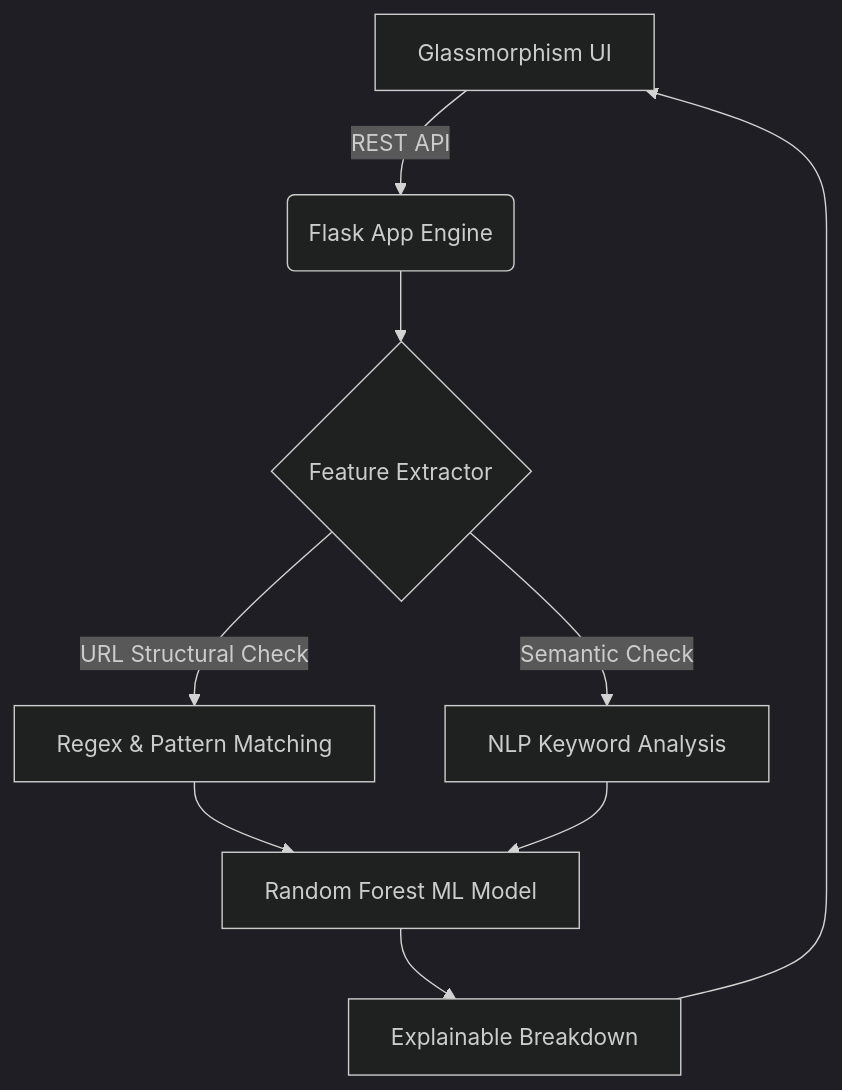
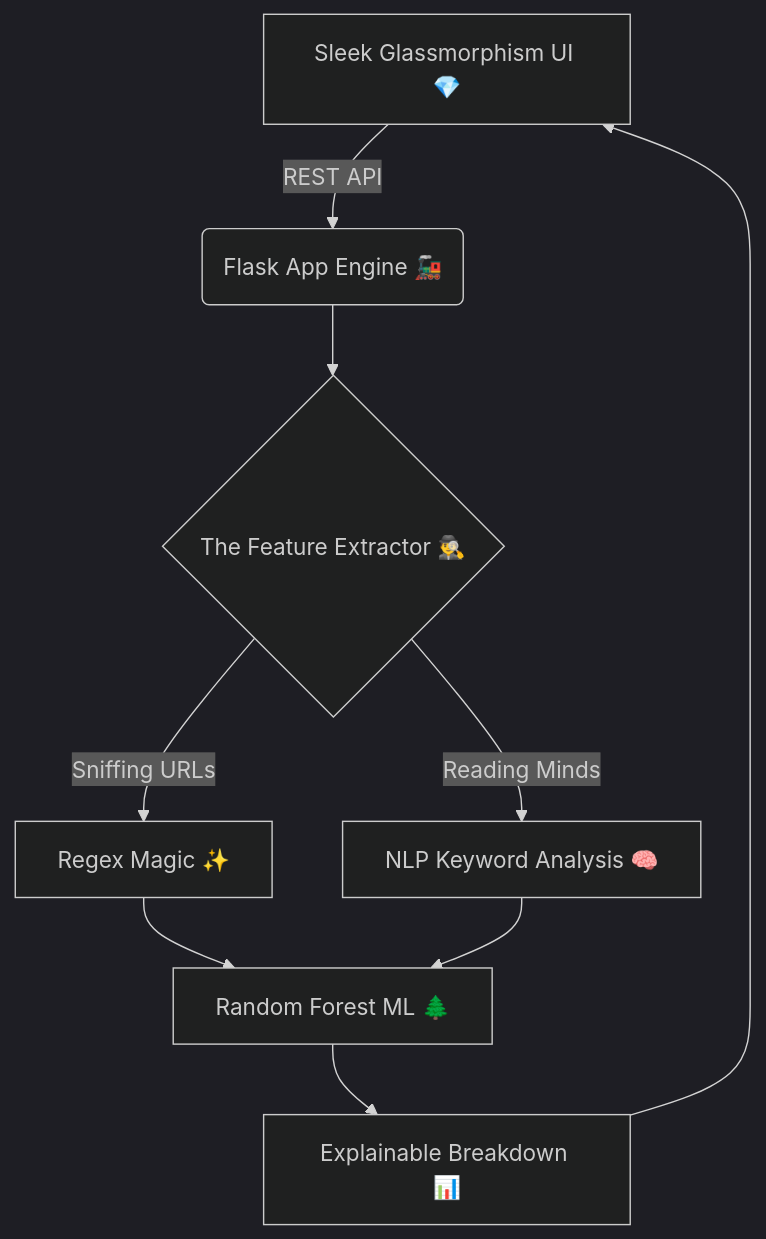
Before and after one commit to AyushPatwa11/PhishGaurd_AI: the diagram in README.md, drawn with Mermaid (dark theme). The commit also changed other lines of this file, not shown here.

````diff
--- a/README.md
+++ b/README.md
@@ -51,11 +52,11 @@
 ```mermaid
 graph TD;
-    A[Glassmorphism UI] -->|REST API| B(Flask App Engine)
-    B --> C{Feature Extractor}
-    C -->|URL Structural Check| D[Regex & Pattern Matching]
-    C -->|Semantic Check| E[NLP Keyword Analysis]
-    D --> F[Random Forest ML Model]
+    A[Sleek Glassmorphism UI 💎] -->|REST API| B(Flask App Engine 🚂)
+    B --> C{The Feature Extractor 🕵️‍♂️}
+    C -->|Sniffing URLs| D[Regex Magic ✨]
+    C -->|Reading Minds| E[NLP Keyword Analysis 🧠]
+    D --> F[Random Forest ML 🌲]
     E --> F
-    F --> G[Explainable Breakdown]
+    F --> G[Explainable Breakdown 📊]
     G --> A
 ```
````
